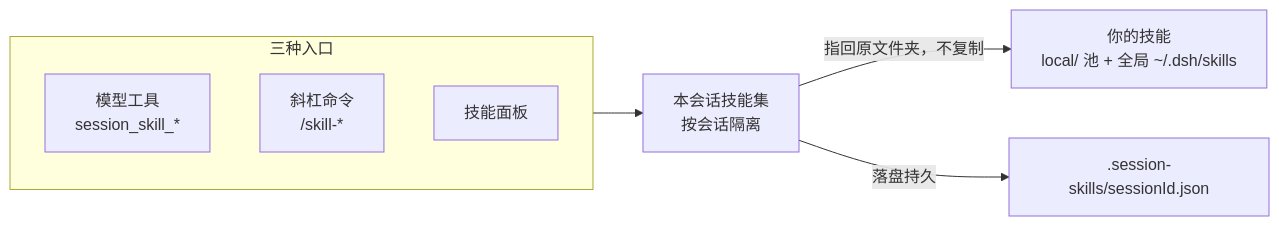
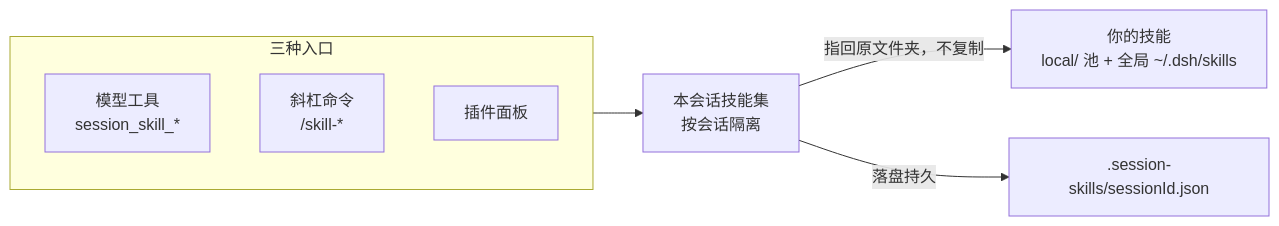
One commit to KuramiWan/dshp-plugin-panel changed the diagram in README.zh.md. Above: the diagram before and after it, drawn with Mermaid. The commit also changed other lines of this file and 37 other files, not shown here.

````diff
--- a/README.zh.md
+++ b/README.zh.md
@@ -138,11 +138,11 @@
 ```mermaid
 flowchart LR
     subgraph Entrances["三种入口"]
         Tools["模型工具<br/>session_skill_*"]
         Cmds["斜杠命令<br/>/skill-*"]
-        Panel["技能面板"]
+        Panel["插件面板"]
     end
     Entrances --> Session["本会话技能集<br/>按会话隔离"]
     Session -->|"指回原文件夹，不复制"| Folders["你的技能<br/>local/ 池 + 全局 ~/.dsh/skills"]
     Session -->|"落盘持久"| Persist[".session-skills/sessionId.json"]
 ```
````
